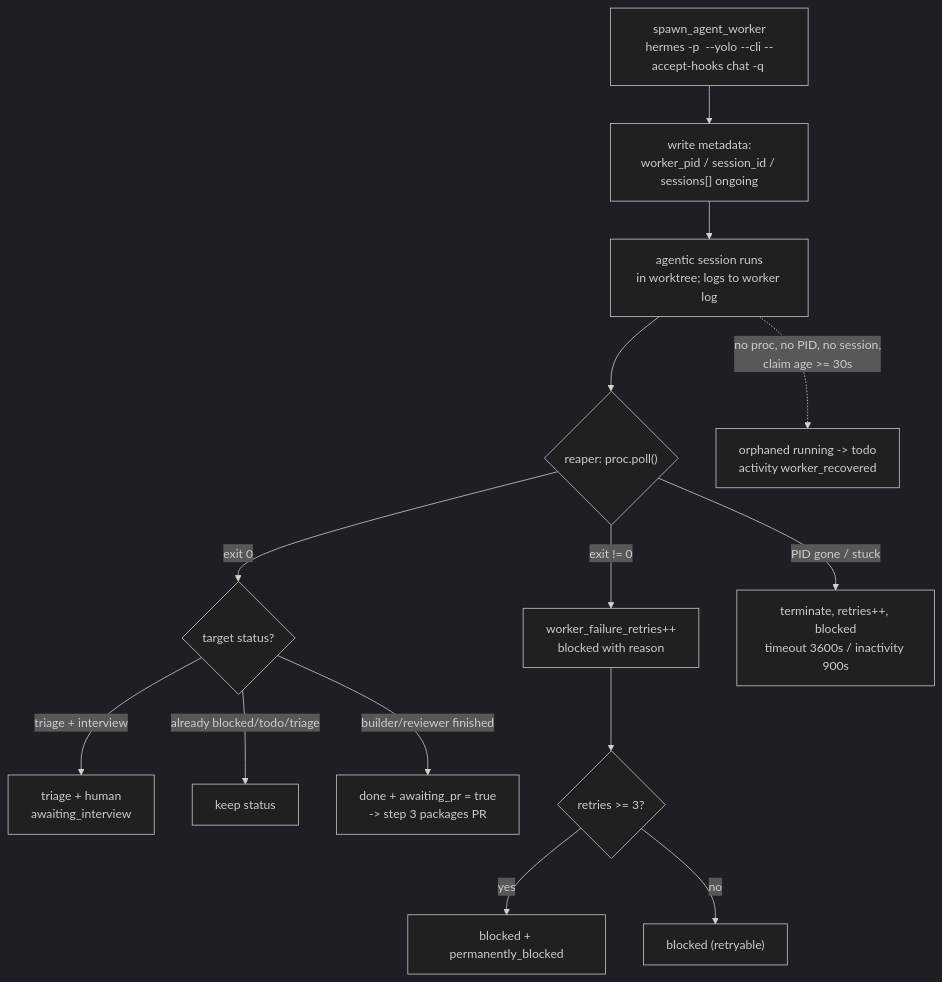
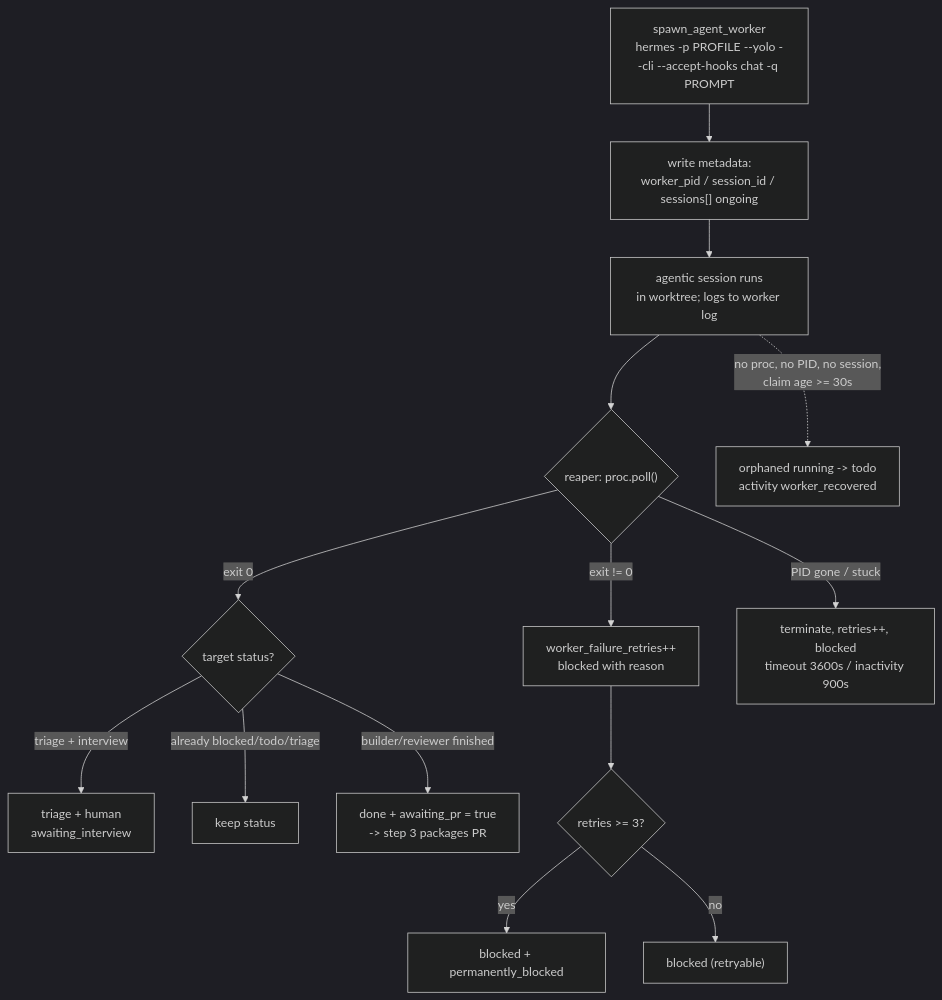
Before and after one commit to hotcode-dev/zerofactory: the fourth of 11 diagrams in docs/FLOWS.md, drawn with Mermaid (dark theme). The commit also changed other lines of this file, not shown here.

Commit message:
fix: update flowchart placeholders for clarity and consistency

````diff
--- a/docs/FLOWS.md
+++ b/docs/FLOWS.md
@@ -202,16 +202,16 @@
 ```mermaid
 flowchart TD
-    SP["spawn_agent_worker<br/>hermes -p <profile> --yolo --cli --accept-hooks chat -q <prompt>"] --> META["write metadata:<br/>worker_pid / session_id / sessions[] ongoing"]
+    SP["spawn_agent_worker<br/>hermes -p PROFILE --yolo --cli --accept-hooks chat -q PROMPT"] --> META["write metadata:<br/>worker_pid / session_id / sessions[] ongoing"]
     META --> RUN["agentic session runs<br/>in worktree; logs to worker log"]
     RUN --> POLL{"reaper: proc.poll()"}
     POLL -->|"exit 0"| OK{"target status?"}
     OK -->|"triage + interview"| TRI["triage + human<br/>awaiting_interview"]
     OK -->|"already blocked/todo/triage"| KEEP["keep status"]
     OK -->|"builder/reviewer finished"| AUTO["done + awaiting_pr = true<br/>-> step 3 packages PR"]
     POLL -->|"exit != 0"| FAIL["worker_failure_retries++<br/>blocked with reason"]
     FAIL --> FB{"retries >= 3?"}
     FB -->|yes| PERM["blocked + permanently_blocked"]
     FB -->|no| RETRY["blocked (retryable)"]
     POLL -->|"PID gone / stuck"| STUCK["terminate, retries++, blocked<br/>timeout 3600s / inactivity 900s"]
     RUN -.->|"no proc, no PID, no session,<br/>claim age >= 30s"| ORPH["orphaned running -> todo<br/>activity worker_recovered"]
 ```
````
